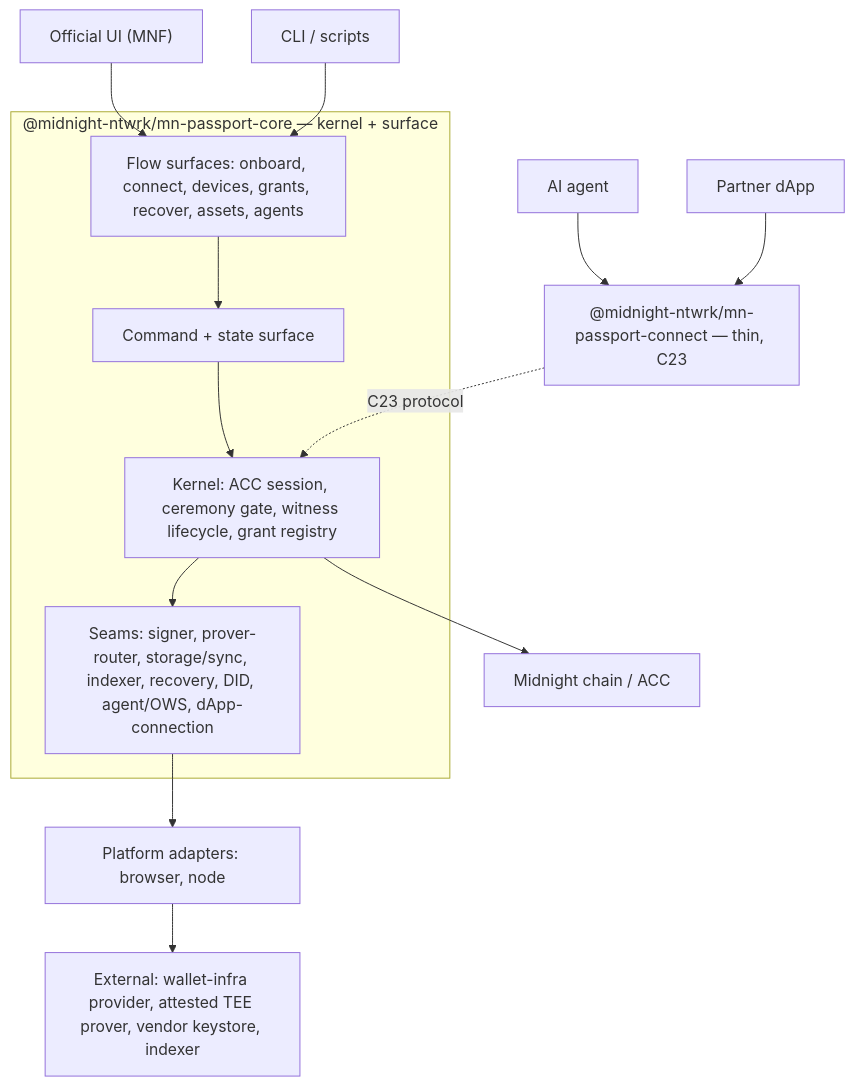
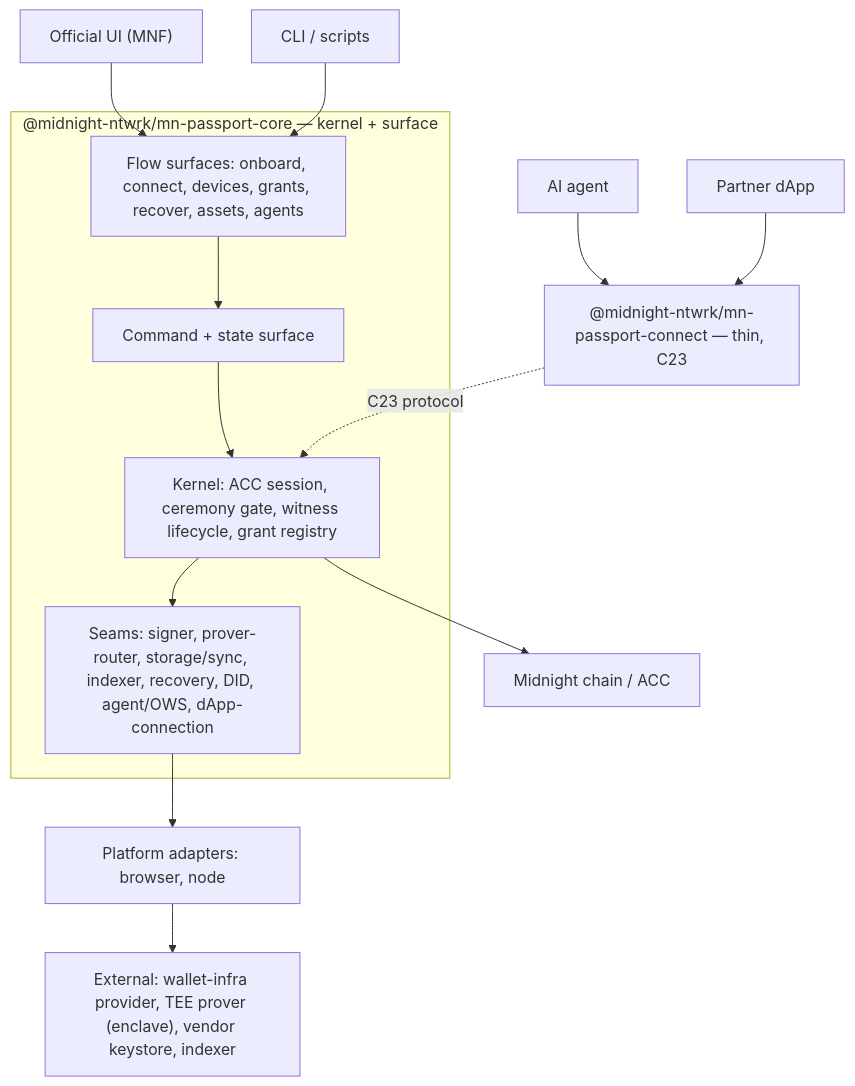
Before and after one commit to midnightntwrk/passport: the first of 6 diagrams in sdk/docs/architecture.md, drawn with Mermaid. The commit also changed other lines of this file and 2 other files, not shown here.

First line of the commit message:
SDK docs: re-scope remote-prover trust — SDK encrypts to enclave, does not attest

````diff
--- a/sdk/docs/architecture.md
+++ b/sdk/docs/architecture.md
@@ -37,18 +37,18 @@
 ```mermaid
 flowchart TB
   UI["Official UI (MNF)"] --> FLOWS
   CLI["CLI / scripts"] --> FLOWS
   AGENT["AI agent"] --> CONNECT
   DAPP["Partner dApp"] --> CONNECT["@midnight-ntwrk/mn-passport-connect — thin, C23"]
 
   subgraph CORE["@midnight-ntwrk/mn-passport-core — kernel + surface"]
     FLOWS["Flow surfaces: onboard, connect, devices, grants, recover, assets, agents"] --> CMD["Command + state surface"]
     CMD --> KERNEL["Kernel: ACC session, ceremony gate, witness lifecycle, grant registry"]
     KERNEL --> SEAMS["Seams: signer, prover-router, storage/sync, indexer, recovery, DID, agent/OWS, dApp-connection"]
   end
 
   CONNECT -. "C23 protocol" .-> KERNEL
   SEAMS --> ADAPT["Platform adapters: browser, node"]
-  ADAPT --> EXT["External: wallet-infra provider, attested TEE prover, vendor keystore, indexer"]
+  ADAPT --> EXT["External: wallet-infra provider, TEE prover (enclave), vendor keystore, indexer"]
   KERNEL --> CHAIN["Midnight chain / ACC"]
 ```
````
